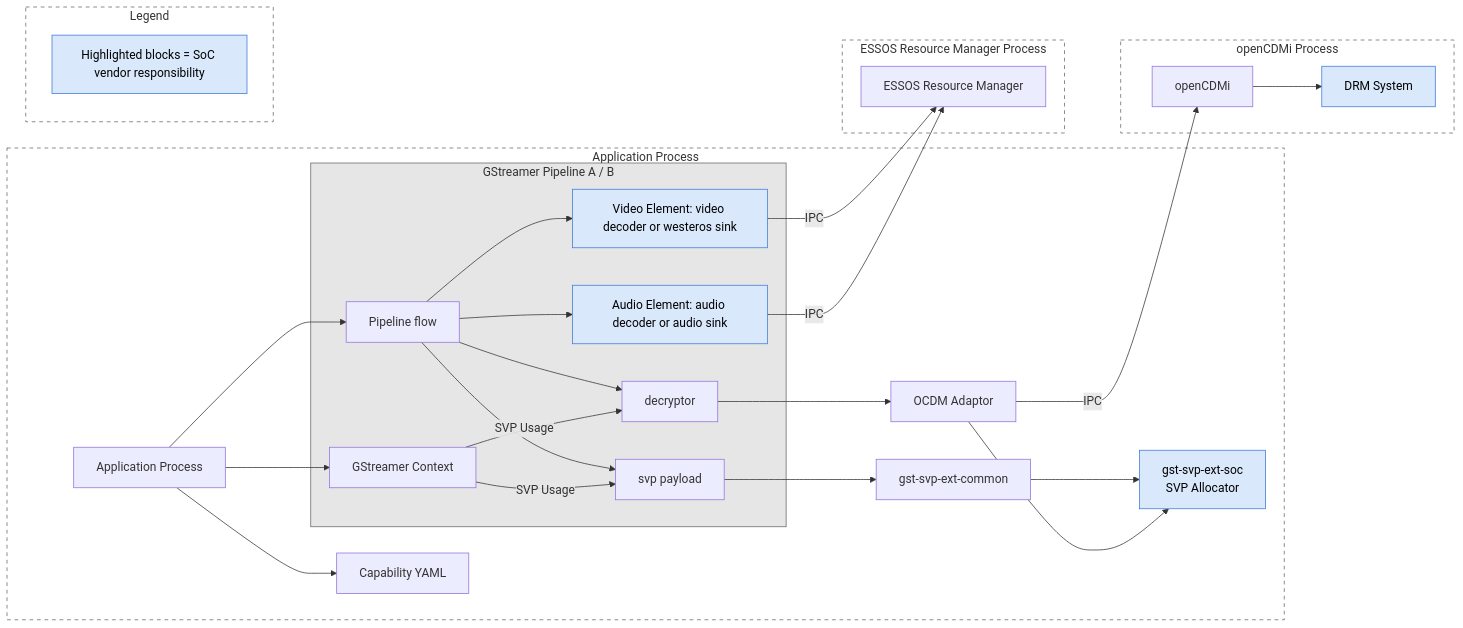
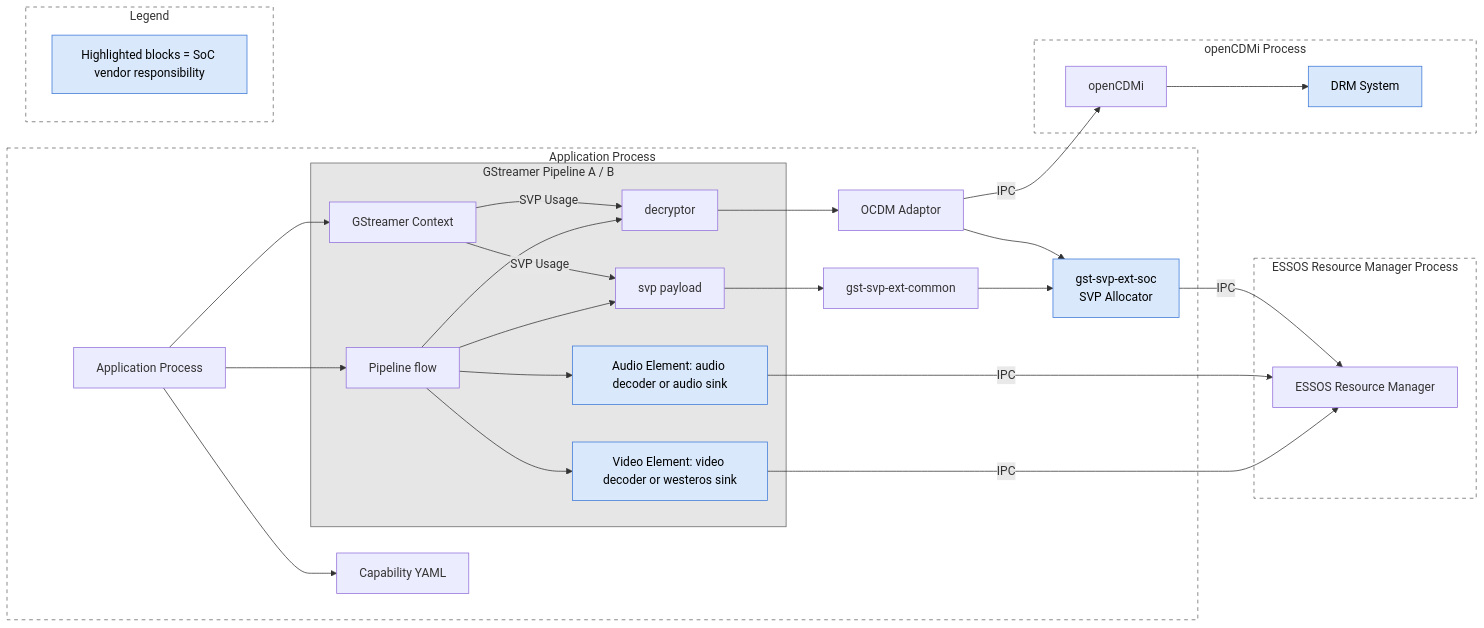
One commit to rdkcentral/rdk-hpk-documentation changed the first of 9 diagrams in doc/SPECIFICATION-dual-decode-legacy-av-hal-extension.md. Above: the diagram before and after it, drawn with Mermaid. The commit also changed other lines of this file, not shown here.

Commit message:
gh47 align legacy AV dual-decode spec diagrams and ESSOS SVP management

````diff
--- a/doc/SPECIFICATION-dual-decode-legacy-av-hal-extension.md
+++ b/doc/SPECIFICATION-dual-decode-legacy-av-hal-extension.md
@@ -54,57 +54,58 @@
 ```mermaid
 graph LR
     subgraph APP[Application Process]
         App[Application Process]
         subgraph GSTP[GStreamer Pipeline A / B]
             GST[Pipeline flow]
             Ctx[GStreamer Context]
             DEC[decryptor]
             SVPP[svp payload]
             VARB["Video Element: video decoder or westeros sink"]
             AARB["Audio Element: audio decoder or audio sink"]
         end
         App --> GST
         GST --> DEC
         GST --> SVPP
         GST --> VARB
         GST --> AARB
         App --> Ctx
         Ctx -->|SVP Usage| DEC
         Ctx -->|SVP Usage| SVPP
         App --> YAML[Capability YAML]
         DEC --> OCDM[OCDM Adaptor]
         SVPP --> SVPC[gst-svp-ext-common]
         SVPC --> SVPE[gst-svp-ext-soc<br/>SVP Allocator]
         OCDM --> SVPE
     end
 
     subgraph OCP[openCDMi Process]
         OPENCDM[openCDMi]
         DRM[DRM System]
     end
 
     subgraph LEG[Legend]
         LRESP[Highlighted blocks = SoC vendor responsibility]
     end
 
     OCDM -->|IPC| OPENCDM
     OPENCDM --> DRM
 
     subgraph RMP[ESSOS Resource Manager Process]
         RM[ESSOS Resource Manager]
     end
 
     VARB -->|IPC| RM
     AARB -->|IPC| RM
+    SVPE -->|IPC| RM
 
     style APP fill:none,stroke:#666,stroke-width:1px,stroke-dasharray: 5 5
     style GSTP fill:#e6e6e6,stroke:#666,stroke-width:1px
     style LEG fill:none,stroke:#666,stroke-width:1px,stroke-dasharray: 5 5
     style OCP fill:none,stroke:#666,stroke-width:1px,stroke-dasharray: 5 5
     style RMP fill:none,stroke:#666,stroke-width:1px,stroke-dasharray: 5 5
     style VARB fill:#d9e8fb,stroke:#3c78d8,stroke-width:1px,color:#000
     style AARB fill:#d9e8fb,stroke:#3c78d8,stroke-width:1px,color:#000
     style SVPE fill:#d9e8fb,stroke:#3c78d8,stroke-width:1px,color:#000
     style DRM fill:#d9e8fb,stroke:#3c78d8,stroke-width:1px,color:#000
     style LRESP fill:#d9e8fb,stroke:#3c78d8,stroke-width:1px,color:#000
 ```
````
